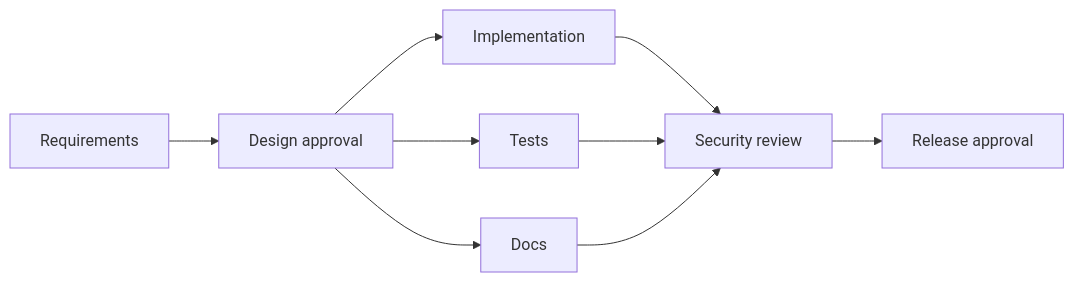
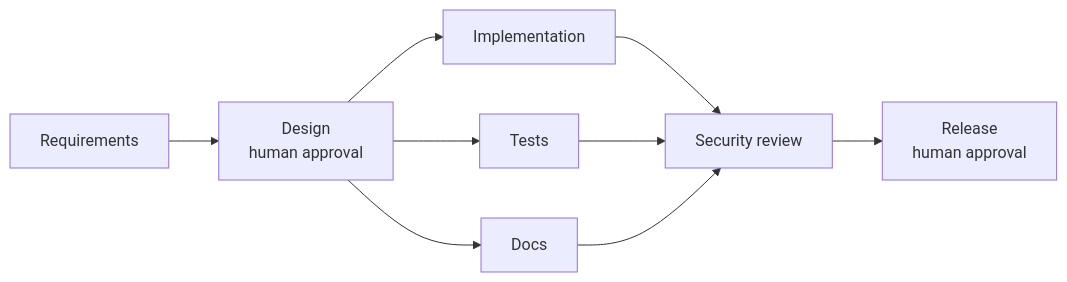
One commit to usprakas/url-shortener-agentic changed the first of 2 diagrams in ARCHITECTURE.md. Above: the diagram before and after it, drawn with Mermaid. The commit also changed other lines of this file and 6 other files, not shown here.

````diff
--- a/ARCHITECTURE.md
+++ b/ARCHITECTURE.md
@@ -3,11 +20,11 @@
 ```mermaid
 flowchart LR
- R[Requirements]-->D[Design approval]
- D-->I[Implementation]
- D-->T[Tests]
- D-->W[Docs]
- I-->S[Security review]
- T-->S
- W-->S
- S-->L[Release approval]
+  R[Requirements] --> D[Design<br/>human approval]
+  D --> I[Implementation]
+  D --> T[Tests]
+  D --> W[Docs]
+  I --> S[Security review]
+  T --> S
+  W --> S
+  S --> L[Release<br/>human approval]
 ```
````
